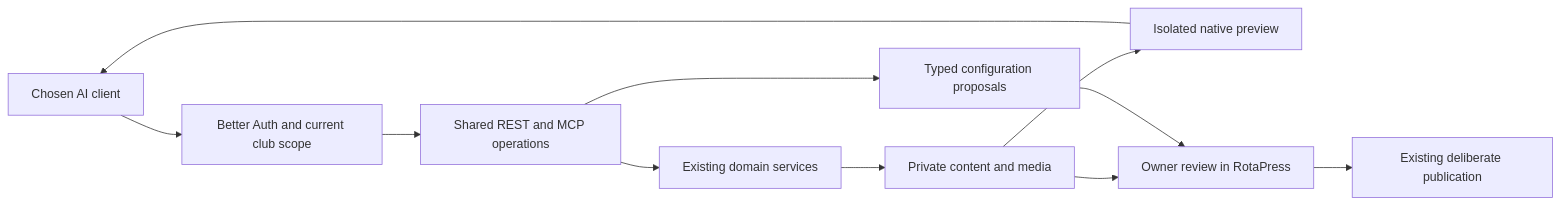
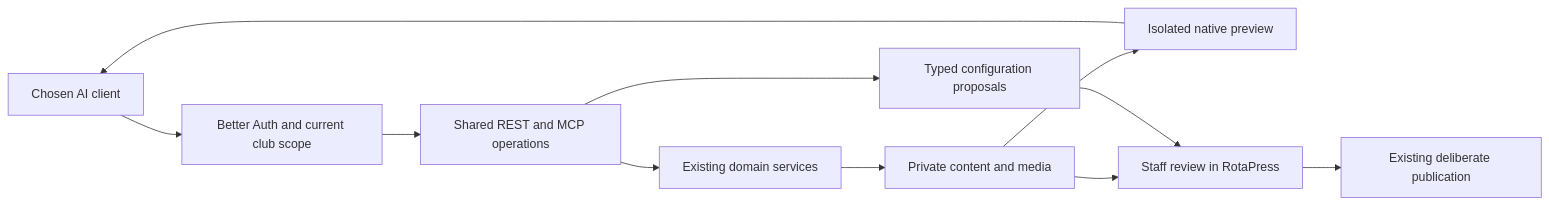
One commit to Rotaract-Luxembourg-ASBL/RotaPress changed the diagram in docs/development/automation-workflows.md. Above: the diagram before and after it, drawn with Mermaid. The commit also changed other lines of this file and 43 other files, not shown here.

````diff
--- a/docs/development/automation-workflows.md
+++ b/docs/development/automation-workflows.md
@@ -51,13 +59,13 @@
 ```mermaid
 flowchart LR
   Client[Chosen AI client] --> Auth[Better Auth and current club scope]
   Auth --> Registry[Shared REST and MCP operations]
   Registry --> Services[Existing domain services]
   Services --> Drafts[Private content and media]
   Drafts --> Preview[Isolated native preview]
   Preview --> Client
-  Drafts --> Review[Owner review in RotaPress]
+  Drafts --> Review[Staff review in RotaPress]
   Registry --> Proposals[Typed configuration proposals]
   Proposals --> Review
   Review --> Public[Existing deliberate publication]
 ```
````
